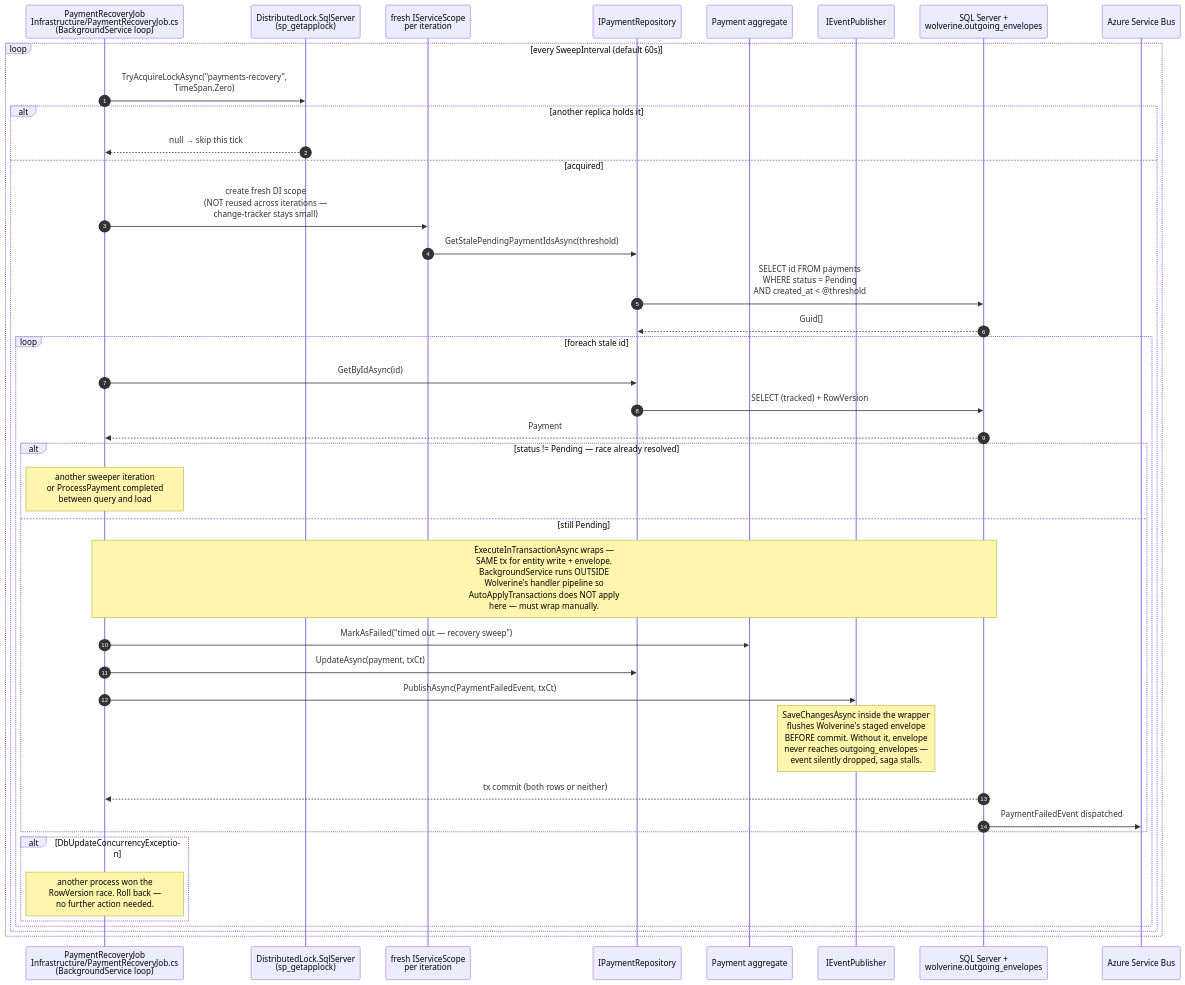
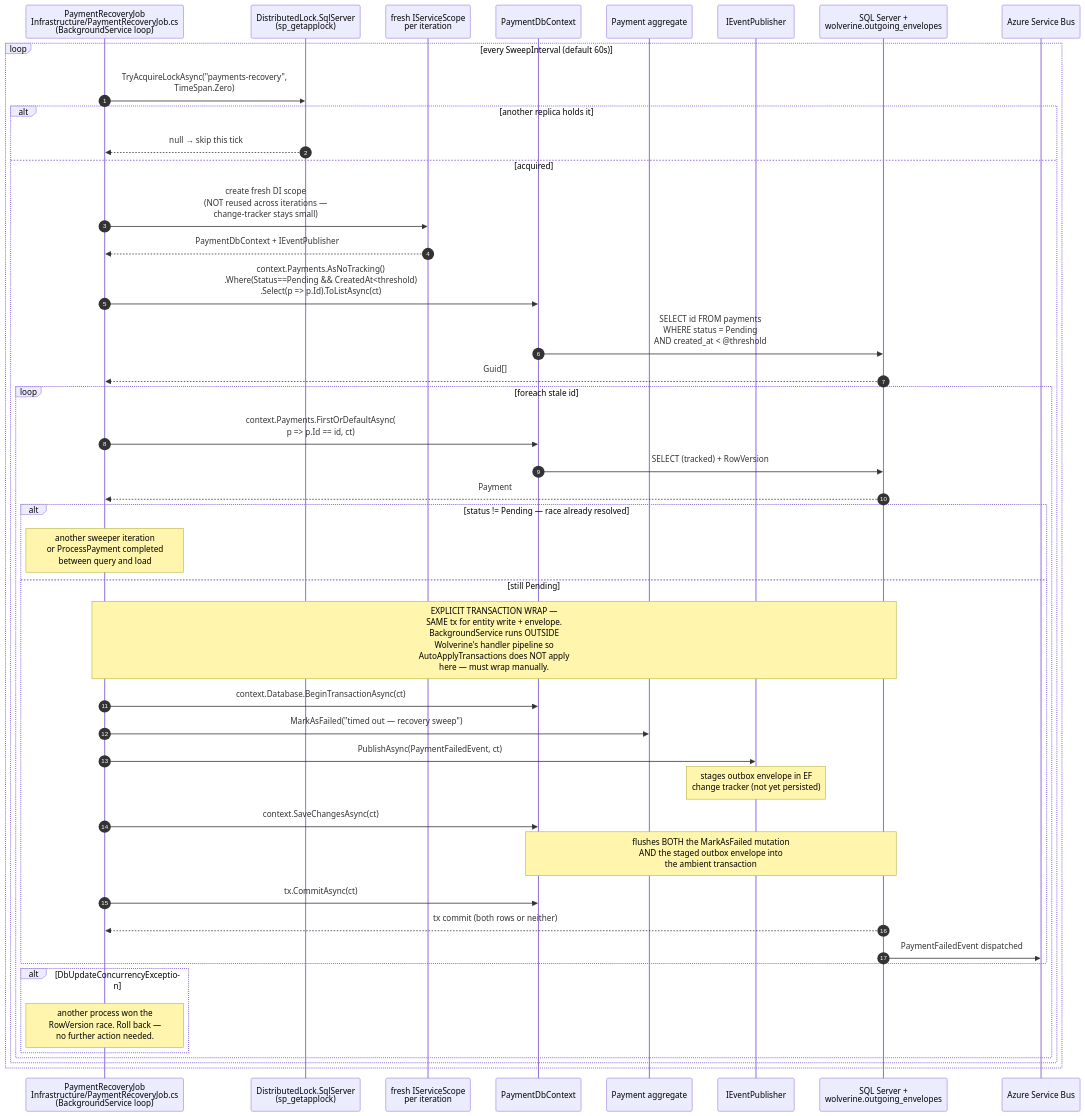
The third of 4 diagrams in docs/code-flows/paymentservice.md (emeraldleaf/NextAurora), drawn with Mermaid before and after one commit. The commit also changed other lines of this file and 7 other files, not shown here.

````diff
--- a/docs/code-flows/paymentservice.md
+++ b/docs/code-flows/paymentservice.md
@@ -108,46 +108,50 @@
 ```mermaid
 sequenceDiagram
     autonumber
     participant Tick as PaymentRecoveryJob<br/>Infrastructure/PaymentRecoveryJob.cs<br/>(BackgroundService loop)
     participant Lock as DistributedLock.SqlServer<br/>(sp_getapplock)
     participant Scope as fresh IServiceScope<br/>per iteration
-    participant Repo as IPaymentRepository
+    participant Ctx as PaymentDbContext
     participant Agg as Payment aggregate
     participant Pub as IEventPublisher
     participant DB as SQL Server +<br/>wolverine.outgoing_envelopes
     participant ASB as Azure Service Bus
 
     loop every SweepInterval (default 60s)
         Tick->>Lock: TryAcquireLockAsync("payments-recovery",<br/>TimeSpan.Zero)
         alt another replica holds it
             Lock-->>Tick: null → skip this tick
         else acquired
             Tick->>Scope: create fresh DI scope<br/>(NOT reused across iterations —<br/>change-tracker stays small)
-            Scope->>Repo: GetStalePendingPaymentIdsAsync(threshold)
-            Repo->>DB: SELECT id FROM payments<br/>WHERE status = Pending<br/>AND created_at < @threshold
-            DB-->>Repo: Guid[]
+            Scope-->>Tick: PaymentDbContext + IEventPublisher
+            Tick->>Ctx: context.Payments.AsNoTracking()<br/>.Where(Status==Pending && CreatedAt<threshold)<br/>.Select(p => p.Id).ToListAsync(ct)
+            Ctx->>DB: SELECT id FROM payments<br/>WHERE status = Pending<br/>AND created_at < @threshold
+            DB-->>Tick: Guid[]
 
             loop foreach stale id
-                Tick->>Repo: GetByIdAsync(id)
-                Repo->>DB: SELECT (tracked) + RowVersion
+                Tick->>Ctx: context.Payments.FirstOrDefaultAsync(<br/>  p => p.Id == id, ct)
+                Ctx->>DB: SELECT (tracked) + RowVersion
                 DB-->>Tick: Payment
 
                 alt status != Pending — race already resolved
                     Note over Tick: another sweeper iteration<br/>or ProcessPayment completed<br/>between query and load
                 else still Pending
-                    Note over Tick,DB: ExecuteInTransactionAsync wraps —<br/>SAME tx for entity write + envelope.<br/>BackgroundService runs OUTSIDE<br/>Wolverine's handler pipeline so<br/>AutoApplyTransactions does NOT apply<br/>here — must wrap manually.
+                    Note over Tick,DB: EXPLICIT TRANSACTION WRAP —<br/>SAME tx for entity write + envelope.<br/>BackgroundService runs OUTSIDE<br/>Wolverine's handler pipeline so<br/>AutoApplyTransactions does NOT apply<br/>here — must wrap manually.
+                    Tick->>Ctx: context.Database.BeginTransactionAsync(ct)
                     Tick->>Agg: MarkAsFailed("timed out — recovery sweep")
-                    Tick->>Repo: UpdateAsync(payment, txCt)
-                    Tick->>Pub: PublishAsync(PaymentFailedEvent, txCt)
-                    Note over Pub: SaveChangesAsync inside the wrapper<br/>flushes Wolverine's staged envelope<br/>BEFORE commit. Without it, envelope<br/>never reaches outgoing_envelopes —<br/>event silently dropped, saga stalls.
+                    Tick->>Pub: PublishAsync(PaymentFailedEvent, ct)
+                    Note over Pub: stages outbox envelope in EF<br/>change tracker (not yet persisted)
+                    Tick->>Ctx: context.SaveChangesAsync(ct)
+                    Note over Ctx,DB: flushes BOTH the MarkAsFailed mutation<br/>AND the staged outbox envelope into<br/>the ambient transaction
+                    Tick->>Ctx: tx.CommitAsync(ct)
                     DB-->>Tick: tx commit (both rows or neither)
                     DB->>ASB: PaymentFailedEvent dispatched
                 end
 
                 alt DbUpdateConcurrencyException
                     Note over Tick: another process won the<br/>RowVersion race. Roll back —<br/>no further action needed.
                 end
             end
         end
     end
 ```
````
